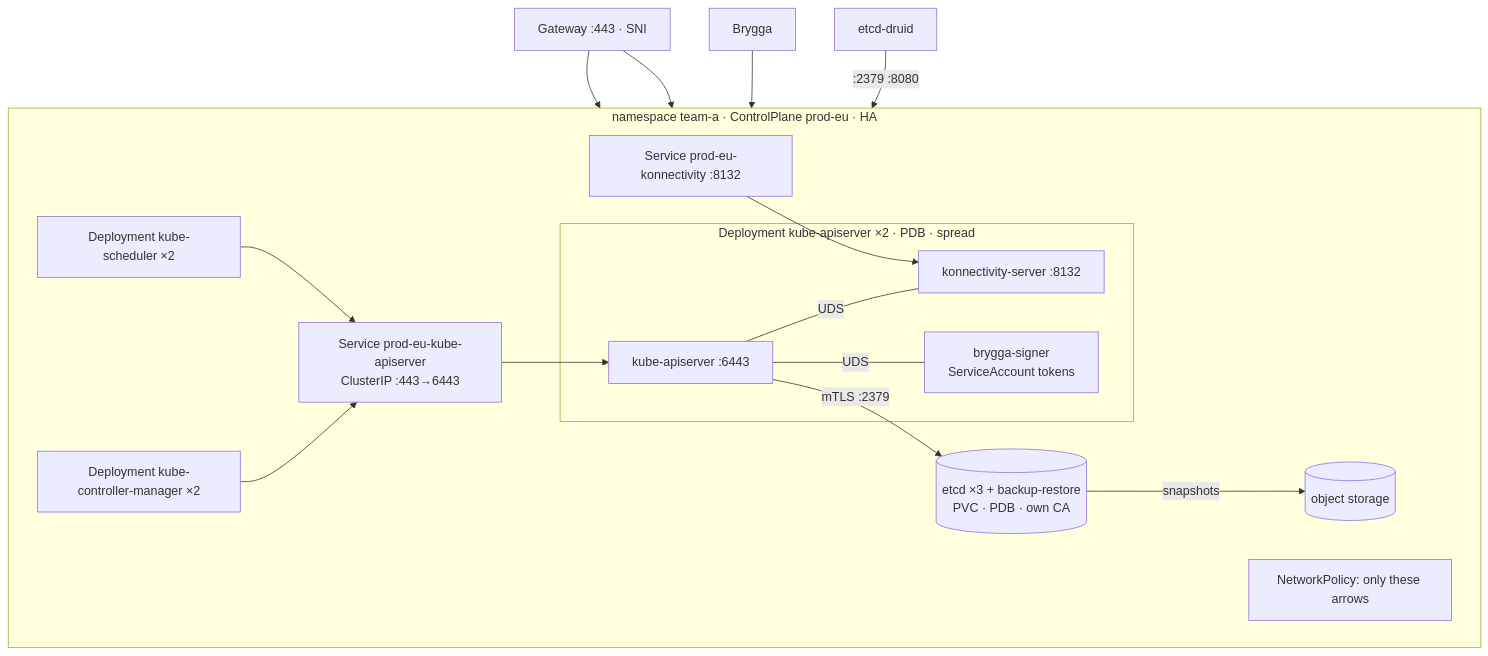
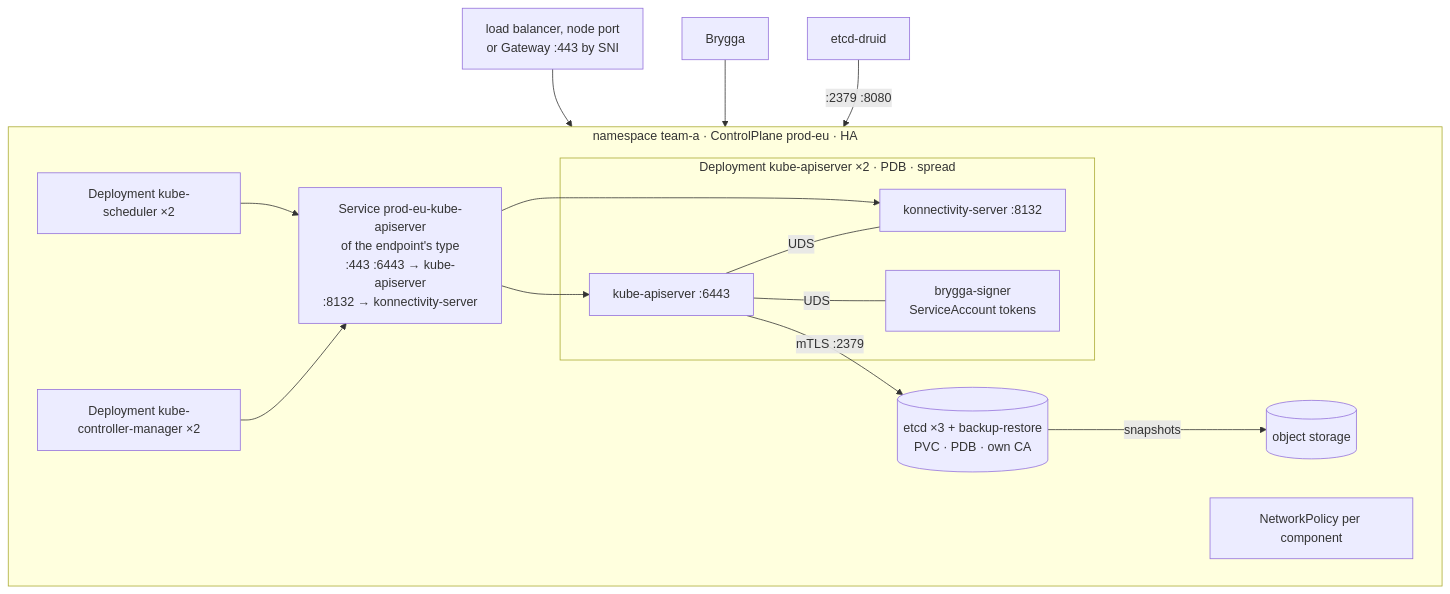
The third of 7 diagrams in docs/README.md (lodia-io/lodia), drawn with Mermaid before and after one commit. The commit also changed other lines of this file and 27 other files, not shown here.

````diff
--- a/docs/README.md
+++ b/docs/README.md
@@ -114,24 +115,23 @@
 ```mermaid
 flowchart TB
   subgraph ns["namespace team-a · ControlPlane prod-eu · HA"]
     direction LR
     subgraph kas["Deployment kube-apiserver ×2 · PDB · spread"]
       a["kube-apiserver :6443"] ---|UDS| k["konnectivity-server :8132"]
       a ---|UDS| sg["brygga-signer<br/>ServiceAccount tokens"]
     end
     kcm["Deployment kube-controller-manager ×2"]
     sch["Deployment kube-scheduler ×2"]
     etcd[("etcd ×3 + backup-restore<br/>PVC · PDB · own CA")]
-    svc["Service prod-eu-kube-apiserver<br/>ClusterIP :443→6443"]
-    ksvc["Service prod-eu-konnectivity :8132"]
-    np["NetworkPolicy: only these arrows"]
+    svc["Service prod-eu-kube-apiserver<br/>of the endpoint's type<br/>:443 :6443 → kube-apiserver<br/>:8132 → konnectivity-server"]
+    np["NetworkPolicy per component"]
     kcm --> svc --> a
     sch --> svc
+    svc --> k
     a -->|mTLS :2379| etcd
     etcd -->|snapshots| s3[(object storage)]
   end
-  gw["Gateway :443 · SNI"] --> svc
-  gw --> ksvc --> k
+  ep["load balancer, node port<br/>or Gateway :443 by SNI"] --> svc
   op["Brygga"] --> svc
   druid["etcd-druid"] -->|:2379 :8080| etcd
 ```
````
